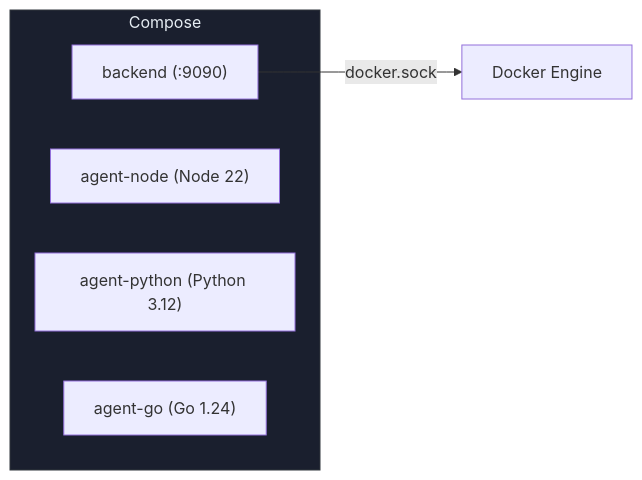
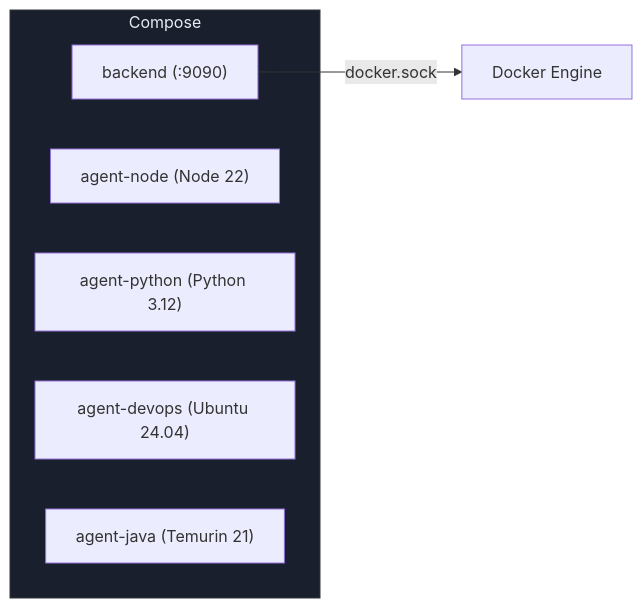
Before and after one commit to FLSEST/MySuricates: the first of 2 diagrams in docs/deployment-container-diagrams.md, drawn with Mermaid. The commit also changed other lines of this file and 14 other files, not shown here.

````diff
--- a/docs/deployment-container-diagrams.md
+++ b/docs/deployment-container-diagrams.md
@@ -9,11 +9,12 @@
 ```mermaid
 flowchart LR
     subgraph Compose
         BE["backend (:9090)"]
         N["agent-node (Node 22)"]
         PY["agent-python (Python 3.12)"]
-        GO["agent-go (Go 1.24)"]
+        DO["agent-devops (Ubuntu 24.04)"]
+        JV["agent-java (Temurin 21)"]
     end
     BE -->|"docker.sock"| Engine["Docker Engine"]
     style Compose fill:#1a1f2e,stroke:#30363d,color:#e6edf3
 ```
````
